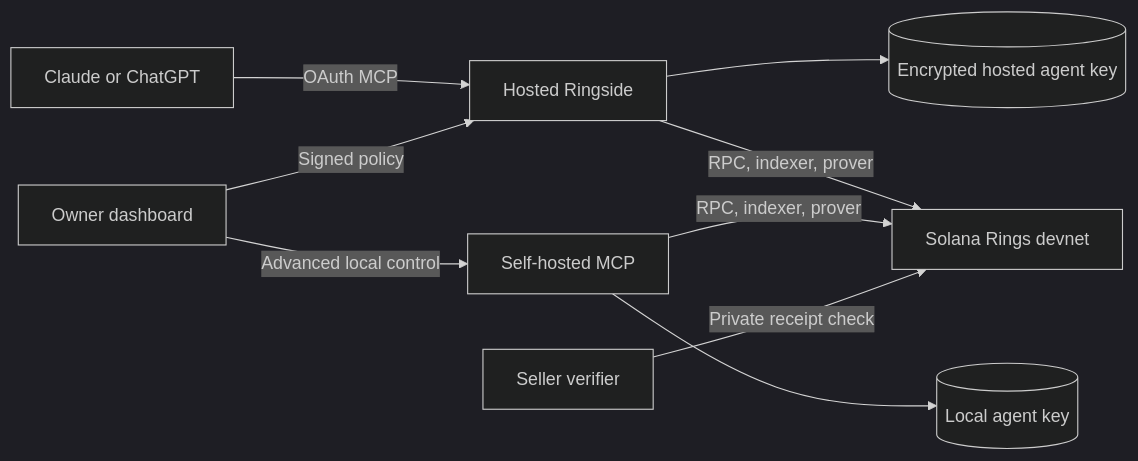
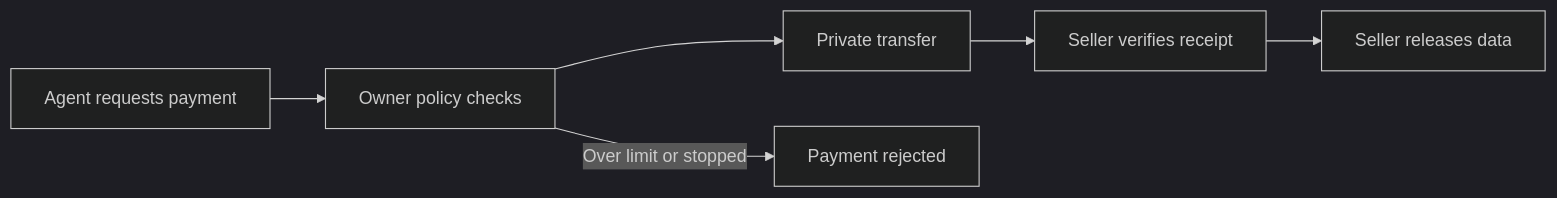
Before and after one commit to mayorXBT/Ringside-MCP: the diagram in README.md, drawn with Mermaid (dark theme). The commit also changed other lines of this file and 2 other files, not shown here.

````diff
--- a/README.md
+++ b/README.md
@@ -86,11 +24,8 @@
 ```mermaid
 flowchart LR
-  C[Claude or ChatGPT] -->|OAuth MCP| H[Hosted Ringside]
-  H --> K[(Encrypted hosted agent key)]
-  L[Self-hosted MCP] --> J[(Local agent key)]
-  H -->|RPC, indexer, prover| R[Solana Rings devnet]
-  L -->|RPC, indexer, prover| R
-  D[Owner dashboard] -->|Signed policy| H
-  D -->|Advanced local control| L
-  S[Seller verifier] -->|Private receipt check| R
+  A[Agent requests payment] --> P[Owner policy checks]
+  P --> T[Private transfer]
+  T --> V[Seller verifies receipt]
+  V --> R[Seller releases data]
+  P -->|Over limit or stopped| X[Payment rejected]
 ```
````
